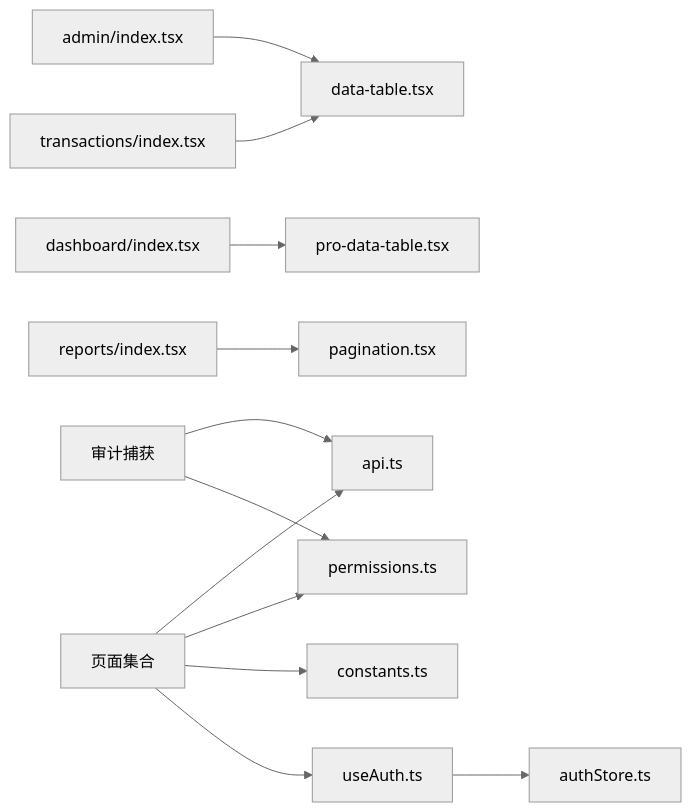
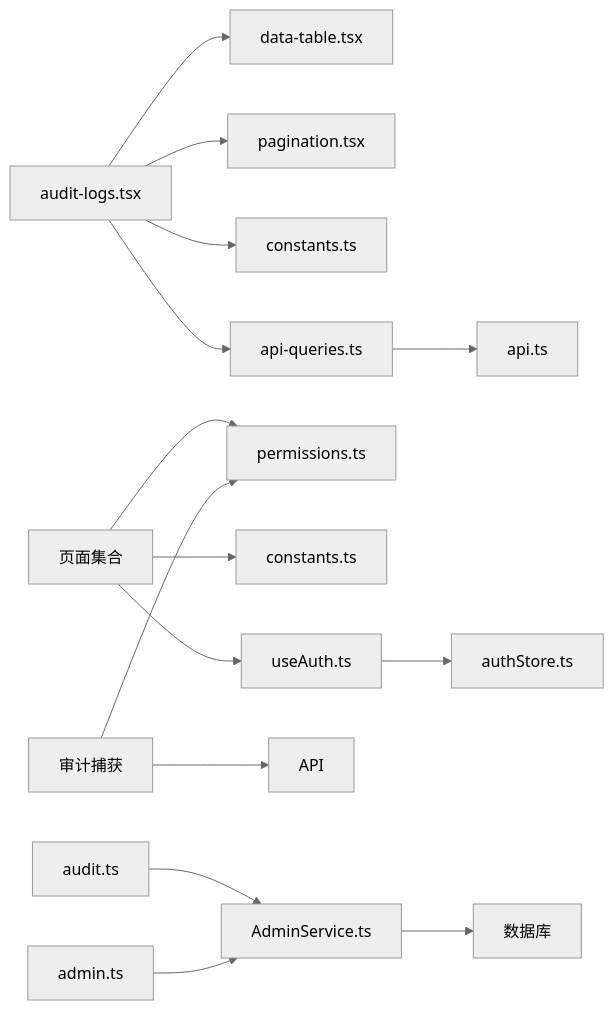
One commit to Damao997/newproject changed the eighth of 8 diagrams in .qoder/repowiki/zh/content/核心模块/审计日志系统.md. Above: the diagram before and after it, drawn with Mermaid (neutral theme). The commit also changed other lines of this file and 10 other files, not shown here.

````diff
--- a/.qoder/repowiki/zh/content/核心模块/审计日志系统.md
+++ b/.qoder/repowiki/zh/content/核心模块/审计日志系统.md
@@ -270,14 +301,17 @@
 ```mermaid
 graph LR
-Admin["admin/index.tsx"] --> DataTable["data-table.tsx"]
-Dashboard["dashboard/index.tsx"] --> ProTable["pro-data-table.tsx"]
-Reports["reports/index.tsx"] --> Pagination["pagination.tsx"]
-Transactions["transactions/index.tsx"] --> DataTable
-Pages["页面集合"] --> API["api.ts"]
-Pages --> Perm["permissions.ts"]
+AuditPage["audit-logs.tsx"] --> DataTable["data-table.tsx"]
+AuditPage --> Pagination["pagination.tsx"]
+AuditPage --> Constants["constants.ts"]
+AuditPage --> ApiQueries["api-queries.ts"]
+ApiQueries --> Api["api.ts"]
+Pages["页面集合"] --> Perm["permissions.ts"]
 Pages --> Consts["constants.ts"]
 Auth["useAuth.ts"] --> Store["authStore.ts"]
 Pages --> Auth
 Audit["审计捕获"] --> API
 Audit --> Perm
+Backend["AdminService.ts"] --> Database["数据库"]
+Middleware["audit.ts"] --> Backend
+Routes["admin.ts"] --> Backend
 ```
````
